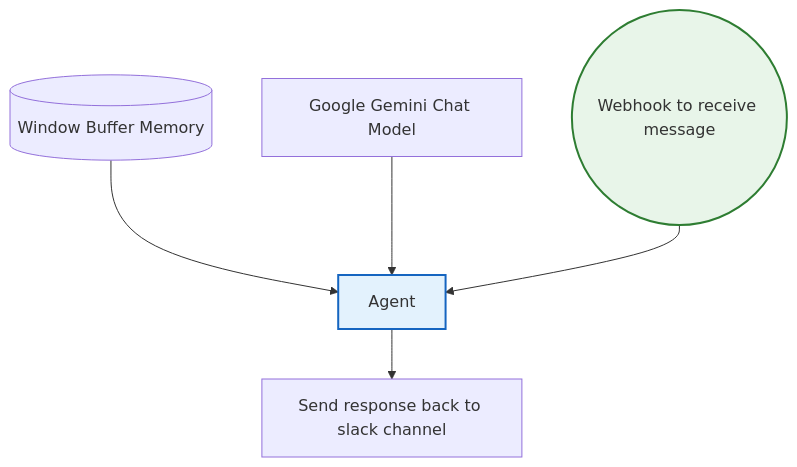
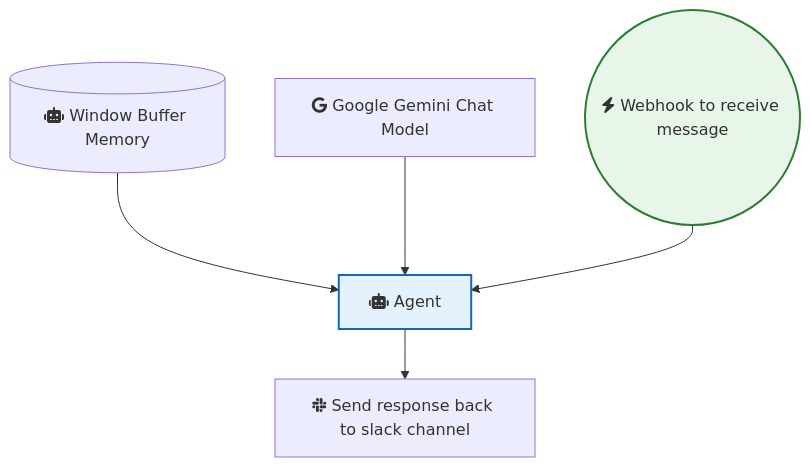
Before and after one commit to sreyash3105/N8N-DEMO-AUTOMATIONS: the diagram in Slack/Creating a AI Slack Bot with Google Gemini.md, drawn with Mermaid. The commit also changed 291 other files, not shown here.

````diff
--- a/Slack/Creating a AI Slack Bot with Google Gemini.md
+++ b/Slack/Creating a AI Slack Bot with Google Gemini.md
@@ -1,17 +1,17 @@
 ```mermaid
 graph TD
     classDef trigger fill:#e8f5e9,stroke:#2e7d32,stroke-width:2px;
     classDef ai fill:#e3f2fd,stroke:#1565c0,stroke-width:2px;
     classDef logic fill:#fff3e0,stroke:#ef6c00,stroke-width:2px;
 
-    Google_Gemini_Chat_Model["Google Gemini Chat Model"]
-    Window_Buffer_Memory[("Window Buffer Memory")]
-    Send_response_back_to_slack_channel["Send response back to slack channel"]
-    Webhook_to_receive_message(("Webhook to receive message")):::trigger
-    Agent["Agent"]:::ai
+    Google_Gemini_Chat_Model["fab:fa-google Google Gemini Chat Model"]
+    Window_Buffer_Memory[("fas:fa-robot Window Buffer Memory")]
+    Send_response_back_to_slack_channel["fab:fa-slack Send response back to slack channel"]
+    Webhook_to_receive_message(("fas:fa-bolt Webhook to receive message")):::trigger
+    Agent["fas:fa-robot Agent"]:::ai
 
     Agent --> Send_response_back_to_slack_channel
     Window_Buffer_Memory --> Agent
     Google_Gemini_Chat_Model --> Agent
     Webhook_to_receive_message --> Agent
 ```
````
